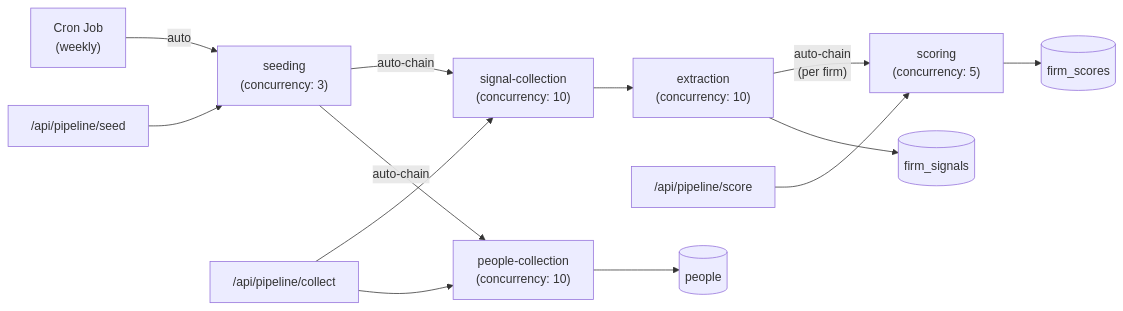
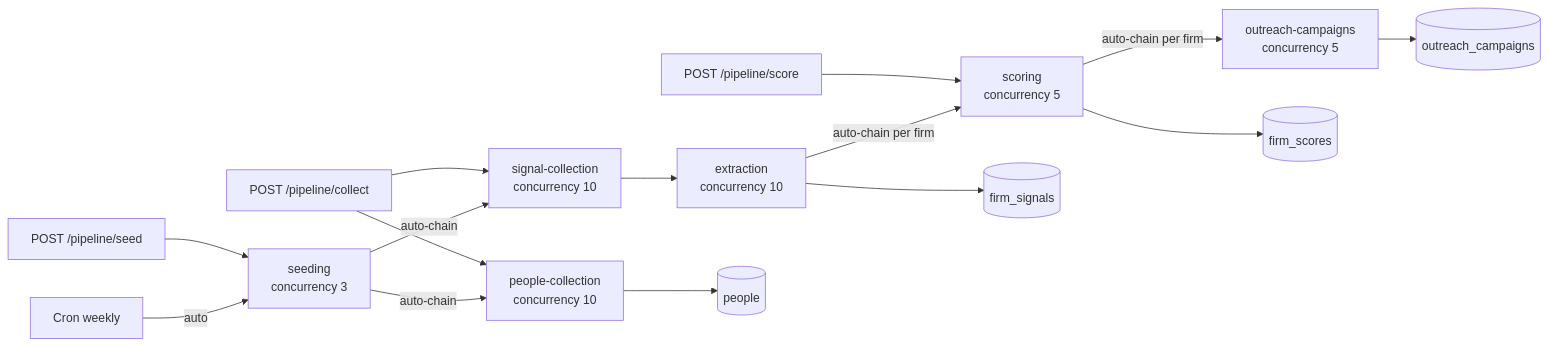
The sixth of 6 diagrams in backend/docs/data-extraction-pipeline/PIPELINE.md (GuilhermeDaSilvaFerreira/ai-usage-scraper), drawn with Mermaid before and after one commit. The commit also changed other lines of this file and 7 other files, not shown here.

````diff
--- a/backend/docs/data-extraction-pipeline/PIPELINE.md
+++ b/backend/docs/data-extraction-pipeline/PIPELINE.md
@@ -247,16 +260,17 @@
 ```mermaid
 flowchart LR
-    CRON["Cron Job\n(weekly)"] -->|auto| SDQ
-    API1["/api/pipeline/seed"] --> SDQ["seeding\n(concurrency: 3)"]
-    SDQ -->|"auto-chain"| SCQ
-    API2["/api/pipeline/collect"] --> SCQ["signal-collection\n(concurrency: 10)"]
-    API2 --> PCQ["people-collection\n(concurrency: 10)"]
-    SCQ --> EXQ["extraction\n(concurrency: 10)"]
-    EXQ -->|"auto-chain\n(per firm)"| SCRQ
-    API3["/api/pipeline/score"] --> SCRQ["scoring\n(concurrency: 5)"]
-
-    SDQ -->|"auto-chain"| PCQ
+    CRON[Cron weekly] -->|auto| SDQ
+    API1[POST /pipeline/seed] --> SDQ[seeding<br/>concurrency 3]
+    SDQ -->|auto-chain| SCQ[signal-collection<br/>concurrency 10]
+    SDQ -->|auto-chain| PCQ[people-collection<br/>concurrency 10]
+    API2[POST /pipeline/collect] --> SCQ
+    API2 --> PCQ
+    SCQ --> EXQ[extraction<br/>concurrency 10]
+    EXQ -->|auto-chain per firm| SCRQ[scoring<br/>concurrency 5]
+    API3[POST /pipeline/score] --> SCRQ
+    SCRQ -->|auto-chain per firm| OQ[outreach-campaigns<br/>concurrency 5]
     PCQ --> PEOPLE[(people)]
     EXQ --> SIGNALS[(firm_signals)]
     SCRQ --> SCORES[(firm_scores)]
+    OQ --> CAMPAIGNS[(outreach_campaigns)]
 ```
````
